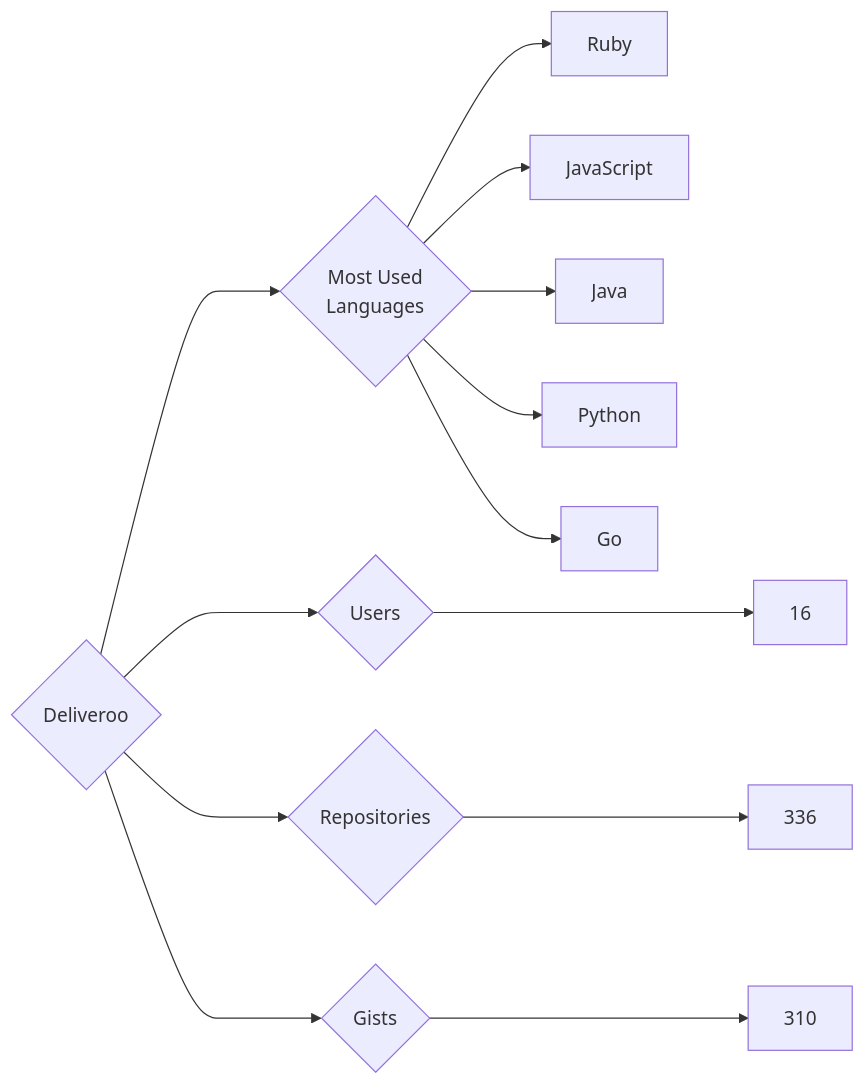
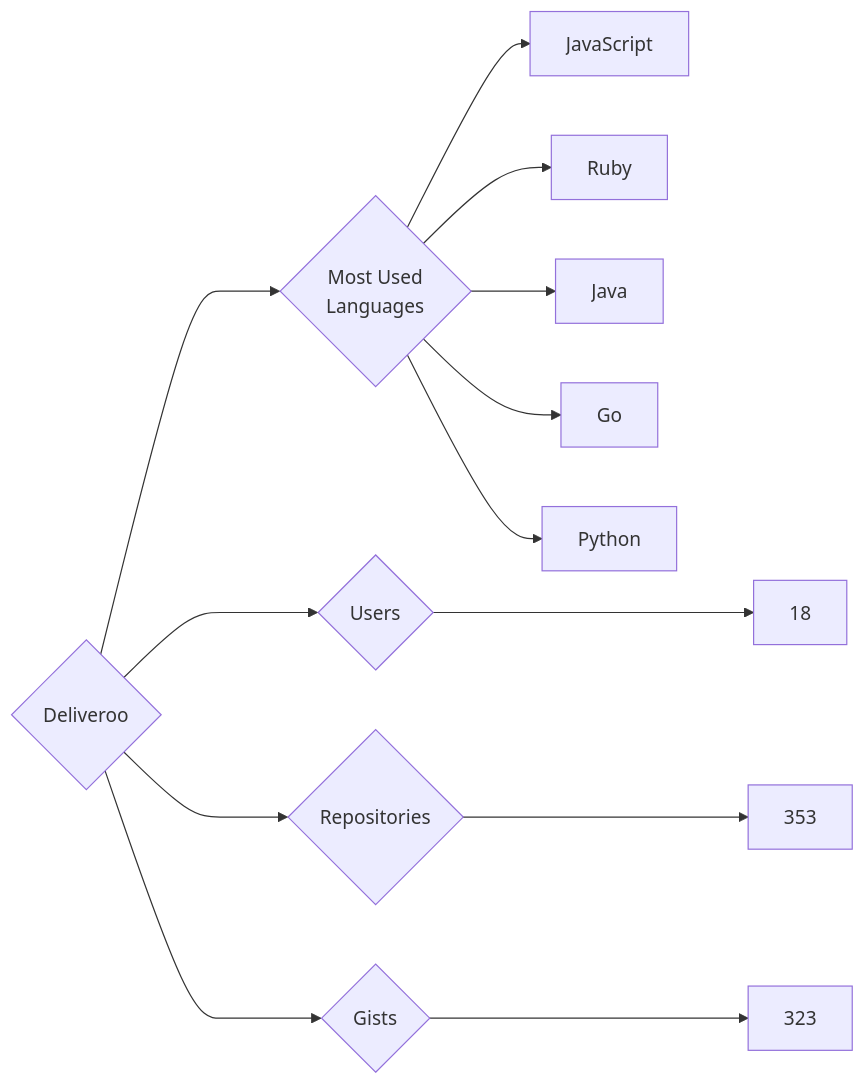
The diagram in targets/Deliveroo/README.md (trickest/insiders), drawn with Mermaid before and after one commit. The commit also changed 681 other files, not shown here.

````diff
--- a/targets/Deliveroo/README.md
+++ b/targets/Deliveroo/README.md
@@ -3,13 +3,13 @@
 ```mermaid
 graph LR
 COMPANY_NAME{Deliveroo}
-COMPANY_NAME ---> U{Users} ---> UN[16]
-COMPANY_NAME ---> R{Repositories} ---> RN[336]
-COMPANY_NAME ---> G{Gists} ---> GN[310]
+COMPANY_NAME ---> U{Users} ---> UN[18]
+COMPANY_NAME ---> R{Repositories} ---> RN[353]
+COMPANY_NAME ---> G{Gists} ---> GN[323]
 COMPANY_NAME ---> ML{Most Used<br>Languages}
+ML --> JavaScript[JavaScript]
 ML --> Ruby[Ruby]
-ML --> JavaScript[JavaScript]
 ML --> Java[Java]
+ML --> Go[Go]
 ML --> Python[Python]
-ML --> Go[Go]
 ```
````
